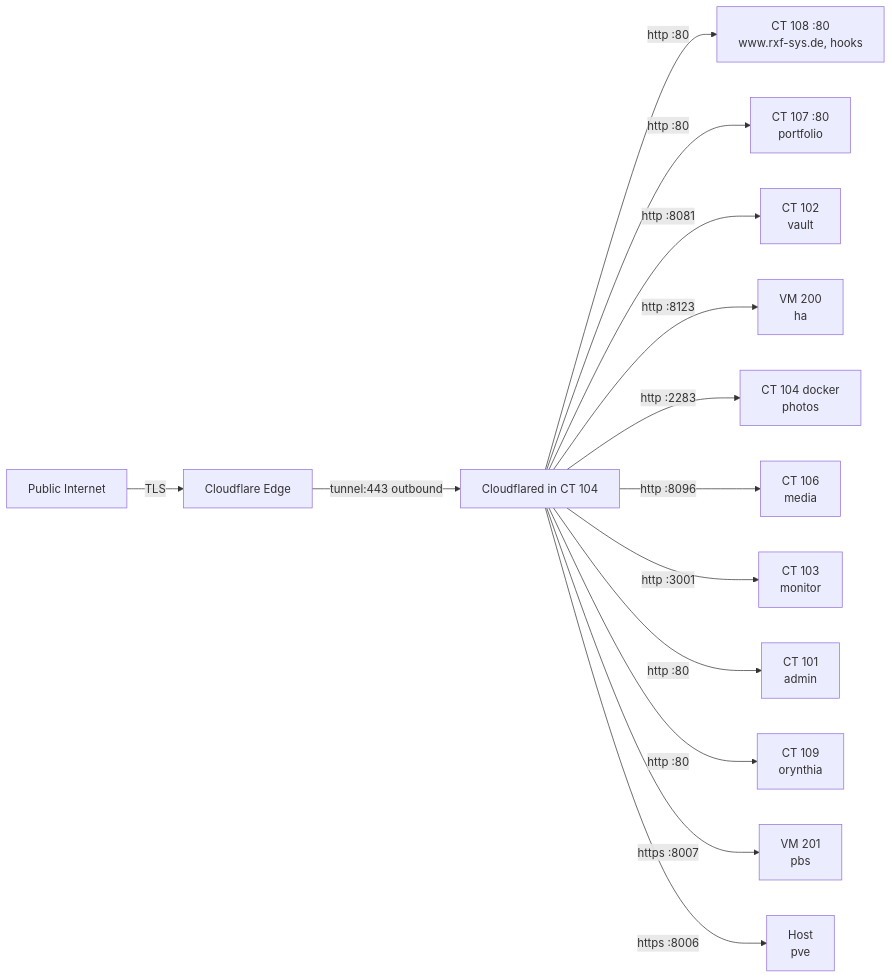
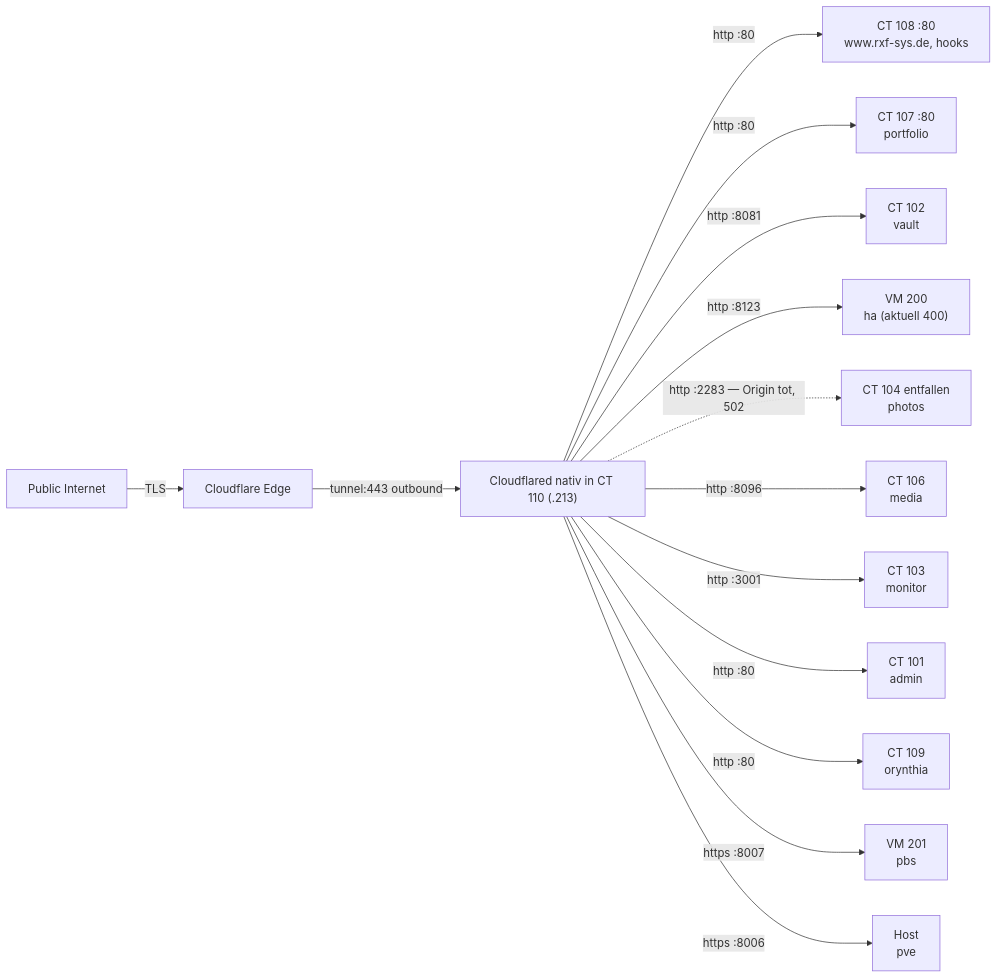
Before and after one commit to rxf-sys/PVE_rxf-sys: the diagram in diagramme/network.md, drawn with Mermaid. The commit also changed other lines of this file and 28 other files, not shown here.

````diff
--- a/diagramme/network.md
+++ b/diagramme/network.md
@@ -46,19 +44,19 @@
 ```mermaid
 flowchart LR
   Internet[Public Internet]
   CFEdge[Cloudflare Edge]
-  Tunnel[Cloudflared in CT 104]
+  Tunnel["Cloudflared nativ in CT 110 (.213)"]
   Internet -- TLS --> CFEdge
   CFEdge -- tunnel:443 outbound --> Tunnel
   Tunnel -- "http :80" --> WelcomePage["CT 108 :80\nwww.rxf-sys.de, hooks"]
   Tunnel -- "http :80" --> Portfolio["CT 107 :80\nportfolio"]
   Tunnel -- "http :8081" --> Vault["CT 102\nvault"]
-  Tunnel -- "http :8123" --> HA["VM 200\nha"]
-  Tunnel -- "http :2283" --> Immich["CT 104 docker\nphotos"]
+  Tunnel -- "http :8123" --> HA["VM 200\nha (aktuell 400)"]
+  Tunnel -. "http :2283 — Origin tot, 502" .-> Immich["CT 104 entfallen\nphotos"]
   Tunnel -- "http :8096" --> Jellyfin["CT 106\nmedia"]
   Tunnel -- "http :3001" --> Kuma["CT 103\nmonitor"]
   Tunnel -- "http :80" --> AdminDash["CT 101\nadmin"]
   Tunnel -- "http :80" --> Orynthia["CT 109\norynthia"]
   Tunnel -- "https :8007" --> PBS["VM 201\npbs"]
   Tunnel -- "https :8006" --> PVE["Host\npve"]
 ```
````
